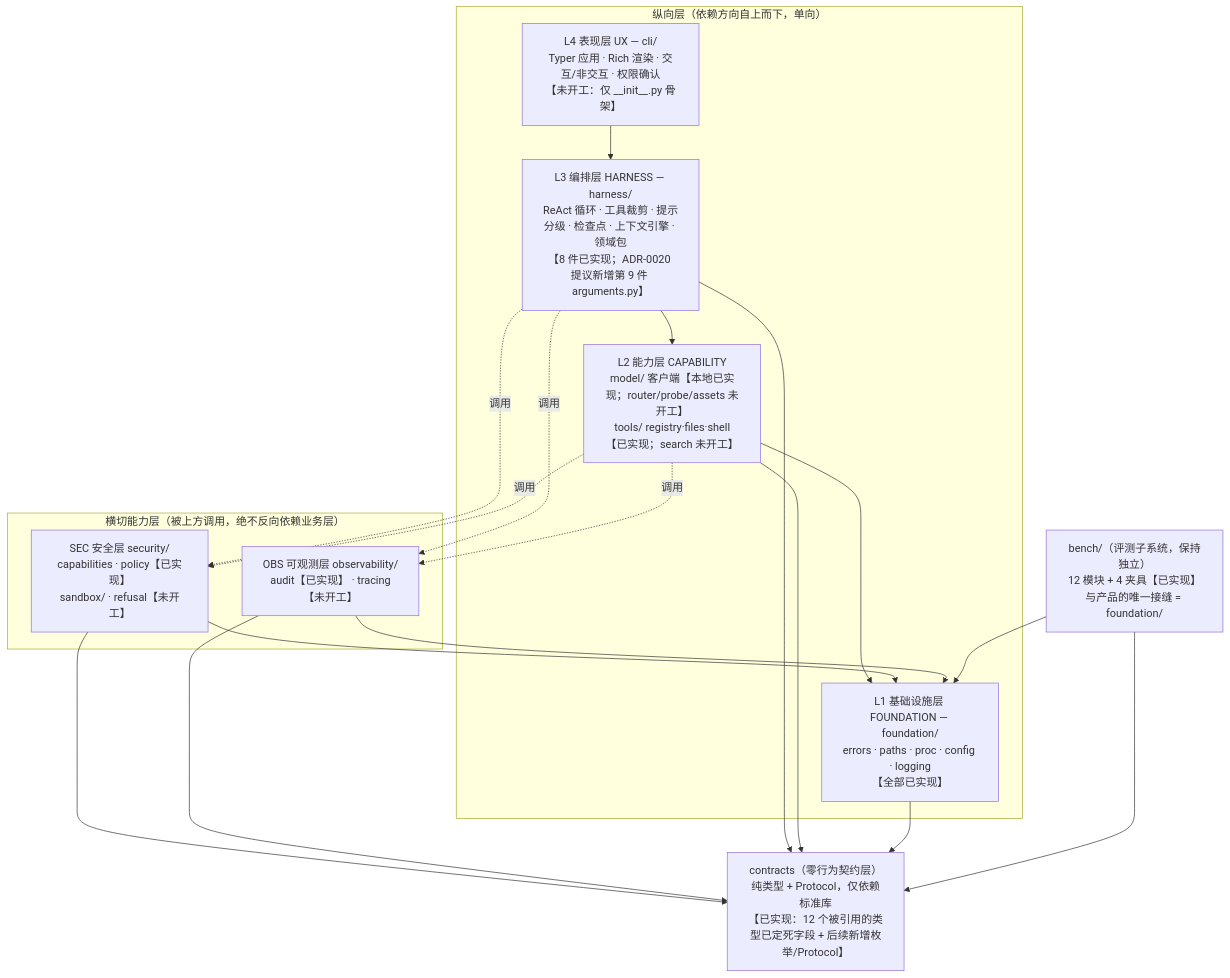
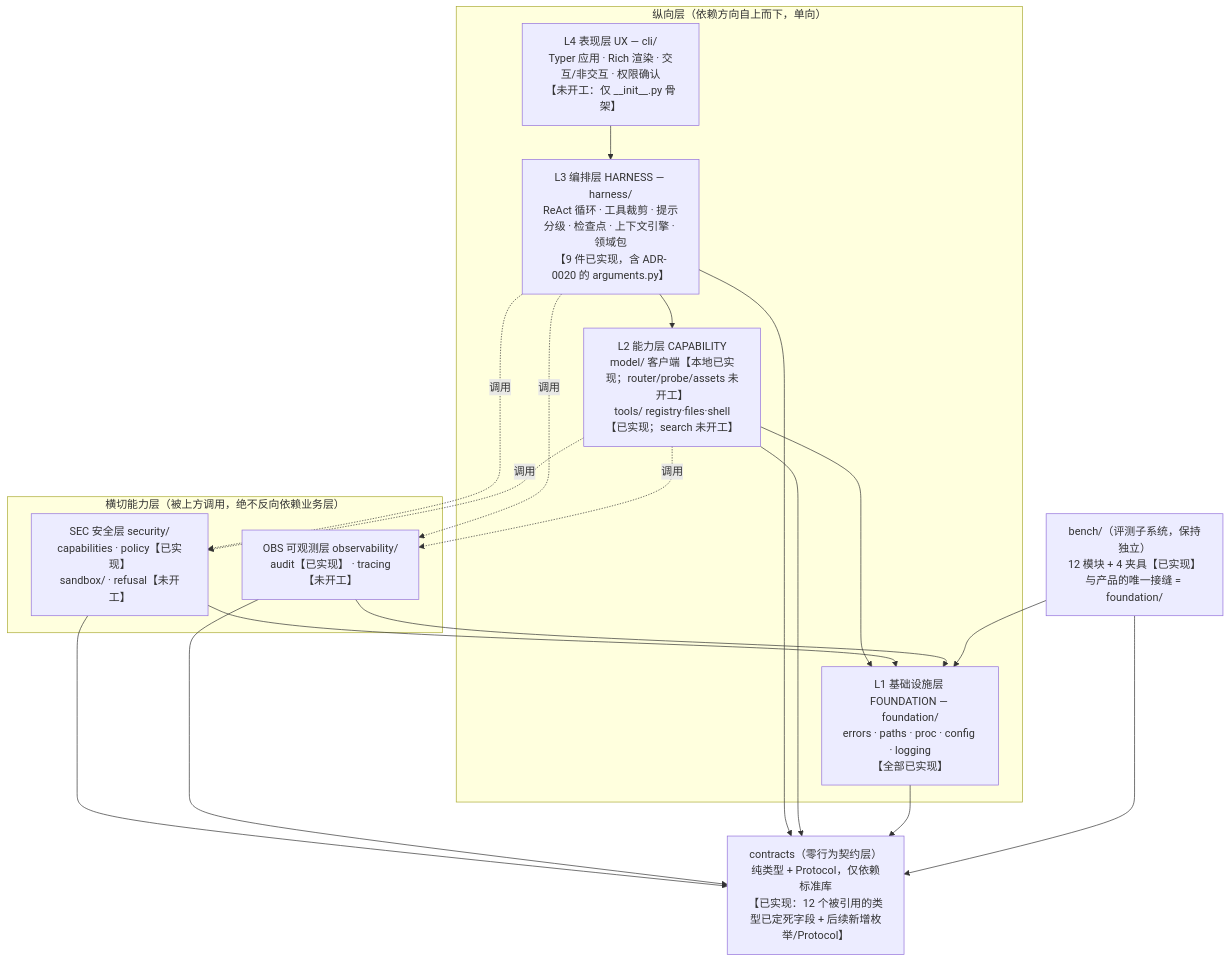
The first of 4 diagrams in docs/design/architecture.md (sukinoelsuki/software_engineering), drawn with Mermaid before and after one commit. The commit also changed other lines of this file and 1 other file, not shown here.

Commit message:
docs(design): 同步 harness 为 9 件并更正 architecture.md 的一处自相矛盾

````diff
--- a/docs/design/architecture.md
+++ b/docs/design/architecture.md
@@ -56,34 +56,34 @@
 ```mermaid
 flowchart TD
     subgraph V["纵向层（依赖方向自上而下，单向）"]
         UX["L4 表现层 UX — cli/<br/>Typer 应用 · Rich 渲染 · 交互/非交互 · 权限确认<br/>【未开工：仅 __init__.py 骨架】"]
-        HARNESS["L3 编排层 HARNESS — harness/<br/>ReAct 循环 · 工具裁剪 · 提示分级 · 检查点 · 上下文引擎 · 领域包<br/>【8 件已实现；ADR-0020 提议新增第 9 件 arguments.py】"]
+        HARNESS["L3 编排层 HARNESS — harness/<br/>ReAct 循环 · 工具裁剪 · 提示分级 · 检查点 · 上下文引擎 · 领域包<br/>【9 件已实现，含 ADR-0020 的 arguments.py】"]
         CAP["L2 能力层 CAPABILITY<br/>model/ 客户端【本地已实现；router/probe/assets 未开工】<br/>tools/ registry·files·shell【已实现；search 未开工】"]
         FND["L1 基础设施层 FOUNDATION — foundation/<br/>errors · paths · proc · config · logging<br/>【全部已实现】"]
     end
 
     subgraph X["横切能力层（被上方调用，绝不反向依赖业务层）"]
         SEC["SEC 安全层 security/<br/>capabilities · policy【已实现】<br/>sandbox/ · refusal【未开工】"]
         OBS["OBS 可观测层 observability/<br/>audit【已实现】 · tracing【未开工】"]
     end
 
     CTR["contracts（零行为契约层）<br/>纯类型 + Protocol，仅依赖标准库<br/>【已实现：12 个被引用的类型已定死字段 + 后续新增枚举/Protocol】"]
     BENCH["bench/（评测子系统，保持独立）<br/>12 模块 + 4 夹具【已实现】<br/>与产品的唯一接缝 = foundation/"]
 
     UX --> HARNESS
     HARNESS --> CAP
     CAP --> FND
     HARNESS -. 调用 .-> SEC
     HARNESS -. 调用 .-> OBS
     CAP -. 调用 .-> SEC
     CAP -. 调用 .-> OBS
     SEC --> FND
     OBS --> FND
     SEC --> CTR
     OBS --> CTR
     HARNESS --> CTR
     CAP --> CTR
     FND --> CTR
     BENCH --> FND
     BENCH --> CTR
 ```
````
